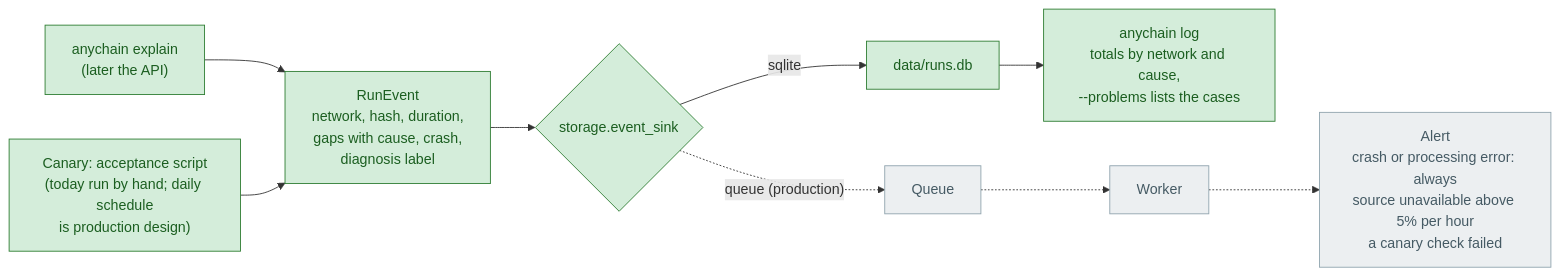
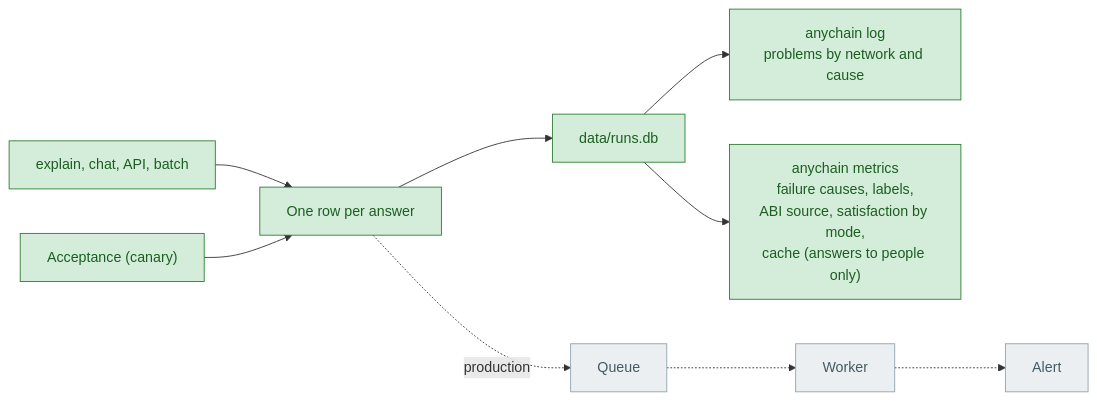
Before and after one commit to Ebaoj/anychain: the ninth of 9 diagrams in docs/ARCHITECTURE.md, drawn with Mermaid. The commit also changed other lines of this file and 7 other files, not shown here.

Commit message:
Acceptance fix: Gnosis blob fees (chain_type ethereum) and a guard against a partial fee shown as total (D54); English architecture doc for the end of Phase 3

````diff
--- a/docs/ARCHITECTURE.md
+++ b/docs/ARCHITECTURE.md
@@ -236,16 +336,16 @@
 ```mermaid
 flowchart LR
-    EX["anychain explain<br/>(later the API)"] --> EV["RunEvent<br/>network, hash, duration,<br/>gaps with cause, crash,<br/>diagnosis label"]
-    CAN["Canary: acceptance script<br/>(today run by hand; daily schedule<br/>is production design)"] --> EV
-    EV --> SINK{"storage.event_sink"}
-    SINK -->|sqlite| DBL["data/runs.db"]
-    DBL --> Q["anychain log<br/>totals by network and cause,<br/>--problems lists the cases"]
-    SINK -.->|"queue (production)"| QUEUE["Queue"]
+    EX["explain, chat, API, batch"] --> EV["One row per answer"]
+    CAN["Acceptance (canary)"] --> EV
+    EV --> DBL["data/runs.db"]
+    DBL --> Q["anychain log<br/>problems by network and cause"]
+    DBL --> MT["anychain metrics<br/>failure causes, labels,<br/>ABI source, satisfaction by mode,<br/>cache (answers to people only)"]
+    EV -.->|"production"| QUEUE["Queue"]
     QUEUE -.-> W["Worker"]
-    W -.-> AL["Alert<br/>crash or processing error: always<br/>source unavailable above 5% per hour<br/>a canary check failed"]
+    W -.-> AL["Alert"]
 
     classDef done fill:#d4edda,stroke:#2e7d32,color:#1b5e20
     classDef later fill:#eceff1,stroke:#90a4ae,color:#455a64
-    class EX,EV,CAN,SINK,DBL,Q done
+    class EX,EV,CAN,DBL,Q,MT done
     class QUEUE,W,AL later
 ```
````
